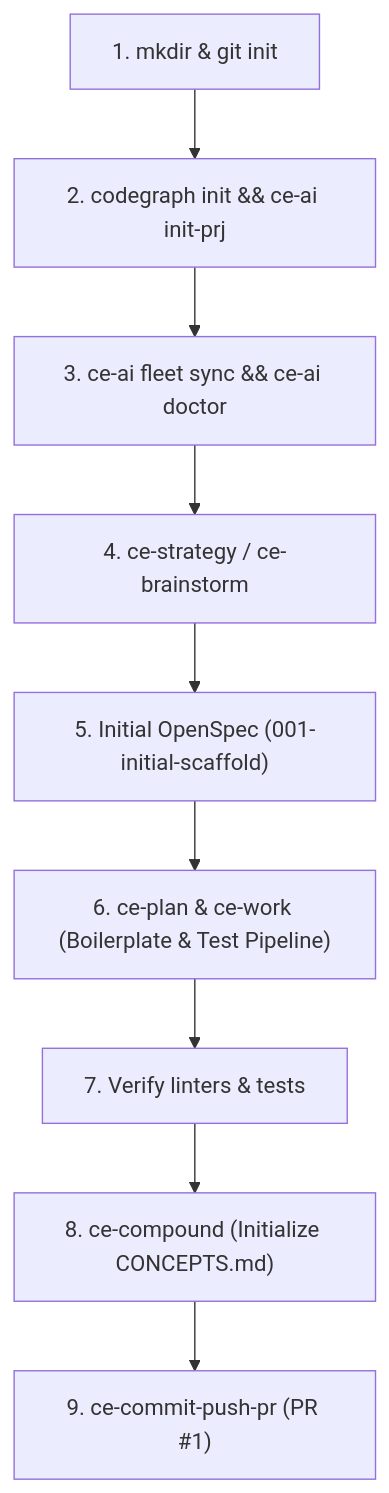
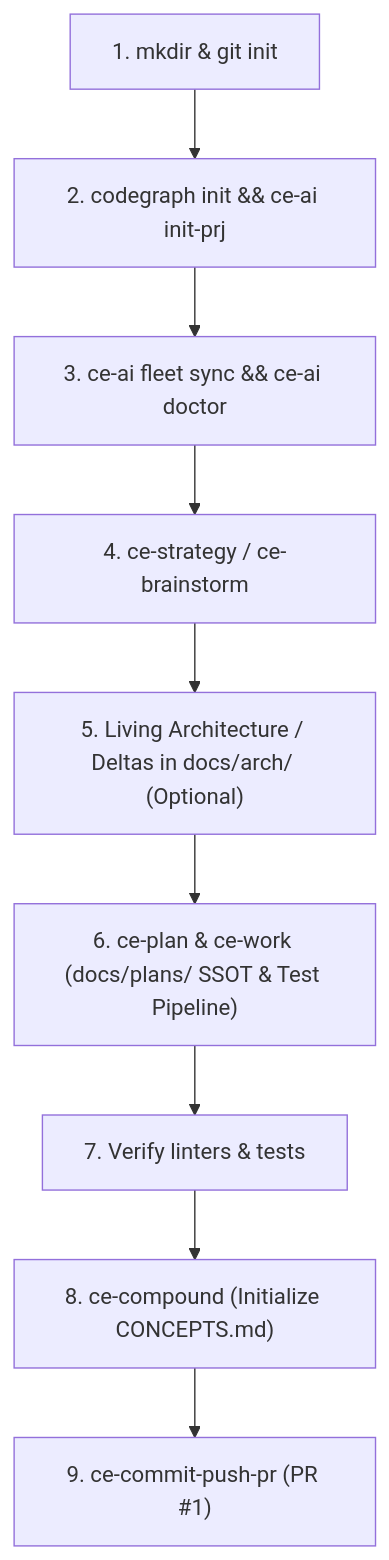
One commit to mastepanoski/ce-ai changed the sixth of 9 diagrams in docs/user-guide/quick-start-workflow-guide.md. Above: the diagram before and after it, drawn with Mermaid. The commit also changed other lines of this file and 5 other files, not shown here.

Commit message:
docs(guides): align user guides with docs/arch living architecture and docs/plans SSOT (#499)

````diff
--- a/docs/user-guide/quick-start-workflow-guide.md
+++ b/docs/user-guide/quick-start-workflow-guide.md
@@ -215,11 +215,11 @@
 ```mermaid
 flowchart TD
     INIT["1. mkdir & git init"] --> ADOPT["2. codegraph init && ce-ai init-prj"]
     ADOPT --> FLEET["3. ce-ai fleet sync && ce-ai doctor"]
     FLEET --> STRAT["4. ce-strategy / ce-brainstorm"]
-    STRAT --> SPEC["5. Initial OpenSpec (001-initial-scaffold)"]
-    SPEC --> PLAN["6. ce-plan & ce-work (Boilerplate & Test Pipeline)"]
+    STRAT --> SPEC["5. Living Architecture / Deltas in docs/arch/ (Optional)"]
+    SPEC --> PLAN["6. ce-plan & ce-work (docs/plans/ SSOT & Test Pipeline)"]
     PLAN --> VERIFY["7. Verify linters & tests"]
     VERIFY --> COMP["8. ce-compound (Initialize CONCEPTS.md)"]
     COMP --> SHIP["9. ce-commit-push-pr (PR #1)"]
 ```
````
